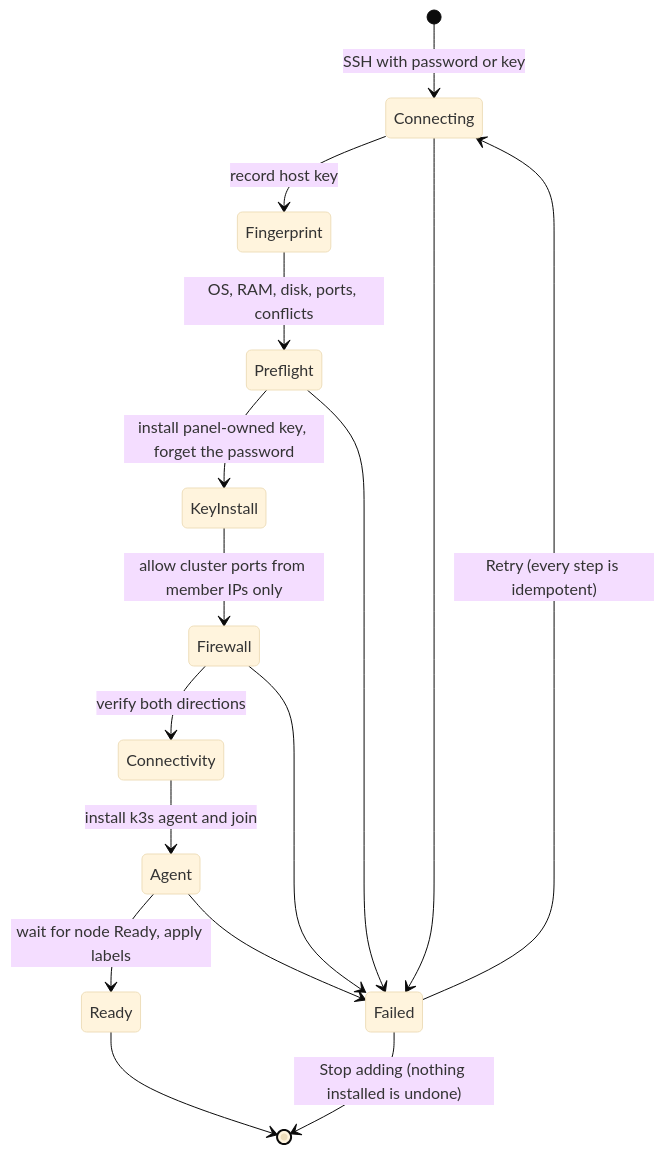
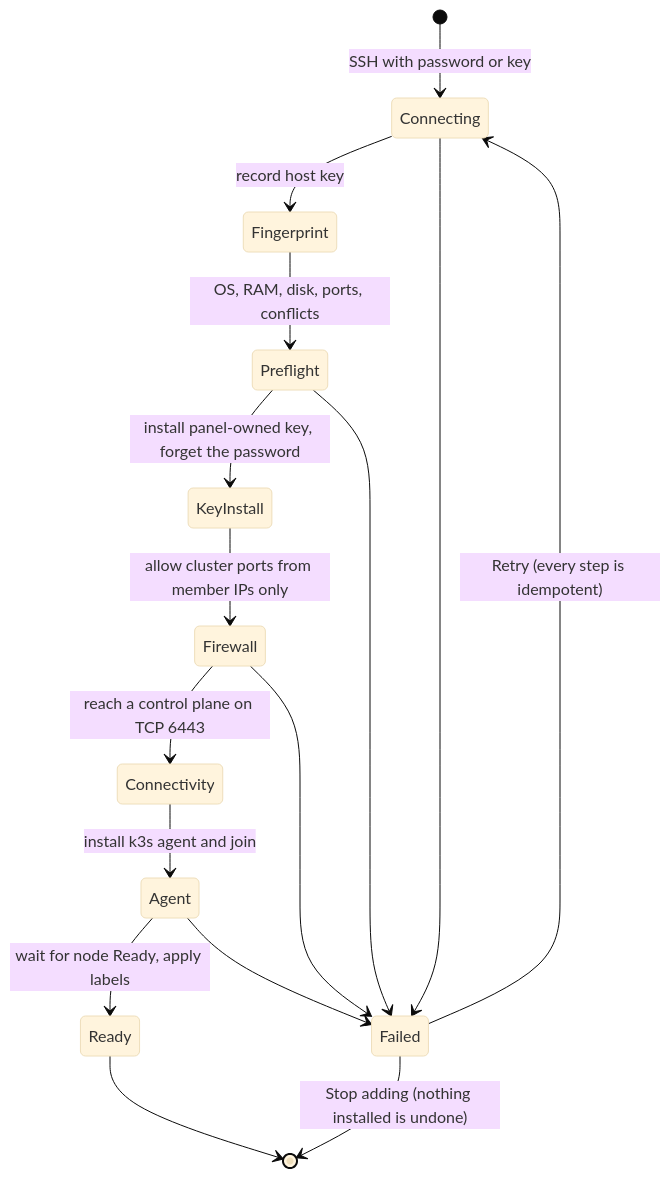
Before and after one commit to Skifity/Skifity: the third of 4 diagrams in docs/architecture.md, drawn with Mermaid (base theme). The commit also changed 2 other files, not shown here.

````diff
--- a/docs/architecture.md
+++ b/docs/architecture.md
@@ -148,18 +148,18 @@
 ```mermaid
 stateDiagram-v2
     [*] --> Connecting: SSH with password or key
     Connecting --> Fingerprint: record host key
     Fingerprint --> Preflight: OS, RAM, disk, ports, conflicts
     Preflight --> KeyInstall: install panel-owned key, forget the password
     KeyInstall --> Firewall: allow cluster ports from member IPs only
-    Firewall --> Connectivity: verify both directions
+    Firewall --> Connectivity: reach a control plane on TCP 6443
     Connectivity --> Agent: install k3s agent and join
     Agent --> Ready: wait for node Ready, apply labels
     Ready --> [*]
     Connecting --> Failed
     Preflight --> Failed
     Firewall --> Failed
     Agent --> Failed
     Failed --> Connecting: Retry (every step is idempotent)
     Failed --> [*]: Stop adding (nothing installed is undone)
 ```
````
